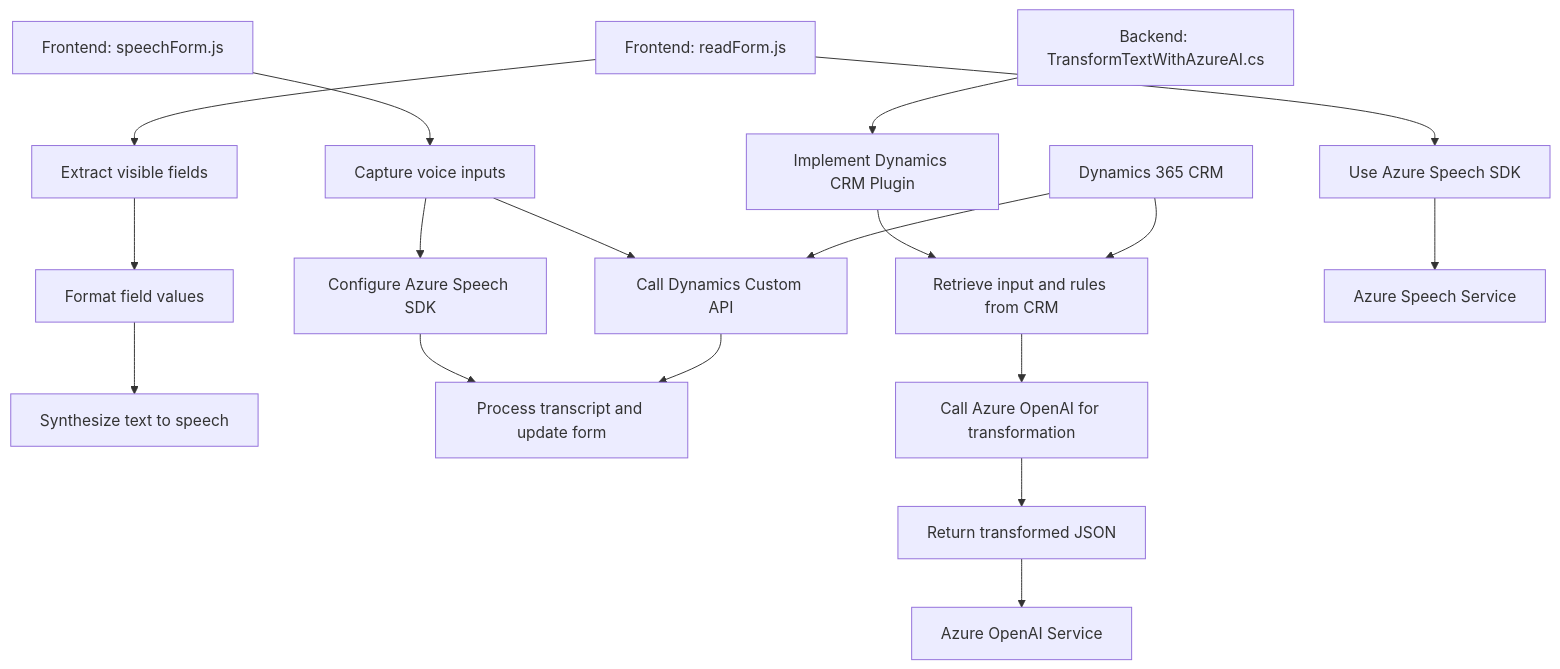
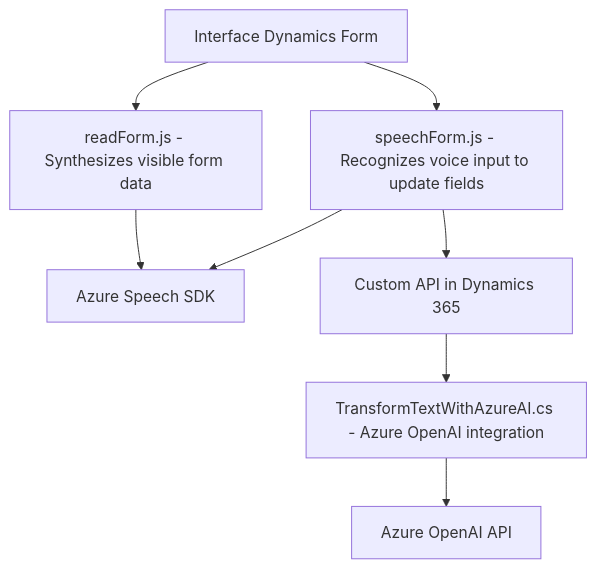
The diagram in README.md (blopezdm/NETCORE_BILBAO2025), drawn with Mermaid before and after one commit. The commit also changed other lines of this file, not shown here.

````diff
--- a/README.md
+++ b/README.md
@@ -53,23 +31,10 @@
 ```mermaid
 graph TD
-    A["Frontend: readForm.js"] --> B["Extract visible fields"]
-    B --> C["Format field values"]
-    C --> D["Synthesize text to speech"]
-    A --> E["Use Azure Speech SDK"]
-    
-    F["Frontend: speechForm.js"] --> G["Capture voice inputs"]
-    G --> H["Configure Azure Speech SDK"]
-    G --> I["Call Dynamics Custom API"]
-    H --> J["Process transcript and update form"]
-    I --> J
-    
-    K["Backend: TransformTextWithAzureAI.cs"] --> L["Implement Dynamics CRM Plugin"]
-    L --> M["Retrieve input and rules from CRM"]
-    M --> N["Call Azure OpenAI for transformation"]
-    N --> O["Return transformed JSON"]
-    
-    E --> P["Azure Speech Service"]
-    O --> Q["Azure OpenAI Service"]
-    R["Dynamics 365 CRM"] --> M
-    R --> I
+    A["Interface Dynamics Form"] --> B["readForm.js - Synthesizes visible form data"]
+    A --> C["speechForm.js - Recognizes voice input to update fields"]
+    B --> D["Azure Speech SDK"]
+    C --> D["Azure Speech SDK"]
+    C --> E["Custom API in Dynamics 365"]
+    E --> F["TransformTextWithAzureAI.cs - Azure OpenAI integration"]
+    F --> G["Azure OpenAI API"]
 ```
````
